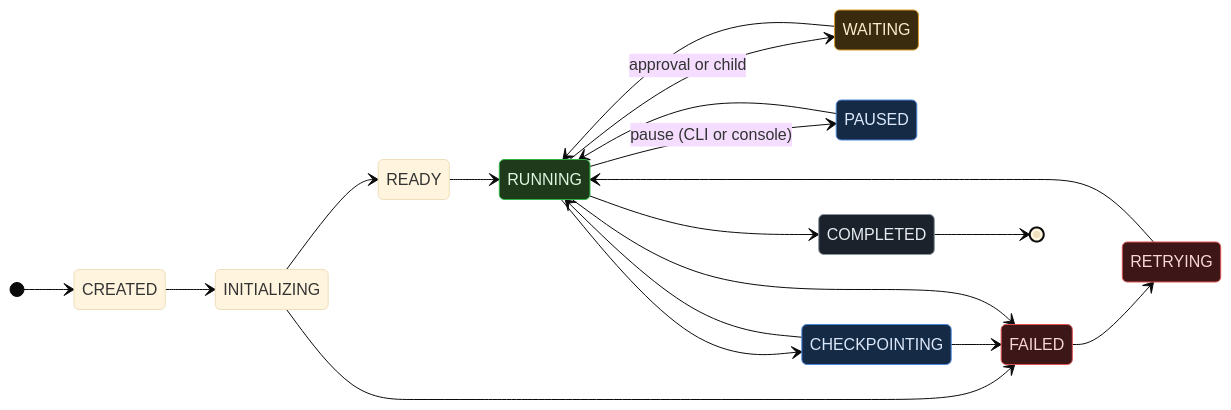
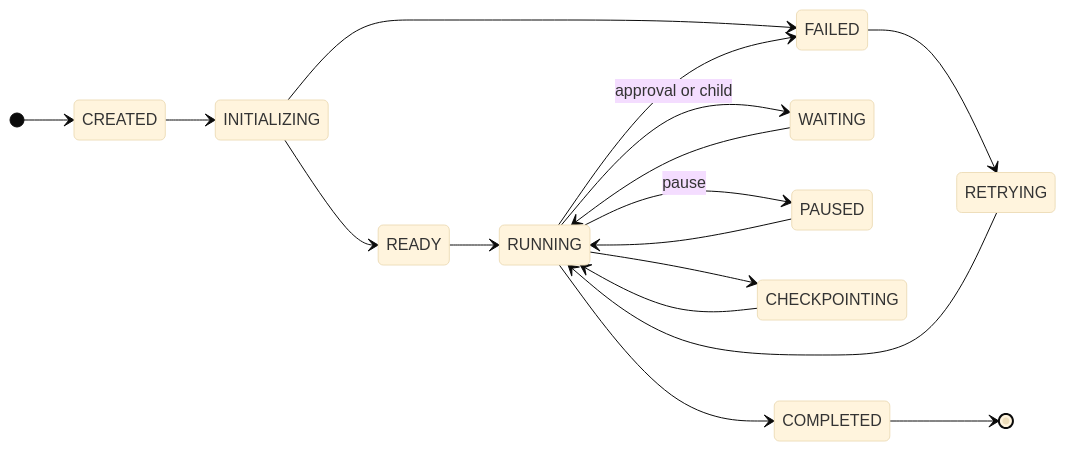
One commit to Kamalllx/mOSaic changed the fifth of 5 diagrams in README.md. Above: the diagram before and after it, drawn with Mermaid (base theme). The commit also changed other lines of this file, not shown here.

Commit message:
docs: README in the ASYNC'26 six-section format: overview, architecture, install and env matrix, DX and QA, reliability and security, governance

````diff
--- a/README.md
+++ b/README.md
@@ -372,33 +341,20 @@
 ```mermaid
 stateDiagram-v2
     direction LR
-    classDef run fill:#1F3A1A,stroke:#2FB344,color:#DDF5E1
-    classDef wait fill:#3A2A0E,stroke:#D99A25,color:#FBEBCB
-    classDef pause fill:#142A45,stroke:#4C86D9,color:#DCE8FA
-    classDef bad fill:#3D1618,stroke:#E05252,color:#F8D7D7
-    classDef done fill:#1B222B,stroke:#8A949F,color:#E8ECF0
-
     [*] --> CREATED
     CREATED --> INITIALIZING
     INITIALIZING --> READY
     INITIALIZING --> FAILED
     READY --> RUNNING
     RUNNING --> WAITING: approval or child
     WAITING --> RUNNING
-    RUNNING --> PAUSED: pause (CLI or console)
+    RUNNING --> PAUSED: pause
     PAUSED --> RUNNING
     RUNNING --> CHECKPOINTING
     CHECKPOINTING --> RUNNING
-    CHECKPOINTING --> FAILED
     RUNNING --> FAILED
     FAILED --> RETRYING
     RETRYING --> RUNNING
     RUNNING --> COMPLETED
     COMPLETED --> [*]
-
-    class RUNNING run
-    class WAITING wait
-    class PAUSED,CHECKPOINTING pause
-    class FAILED,RETRYING bad
-    class COMPLETED done
 ```
````
